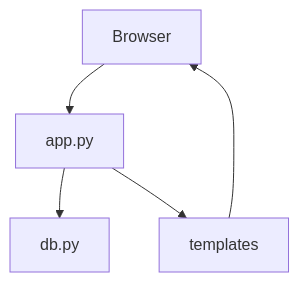
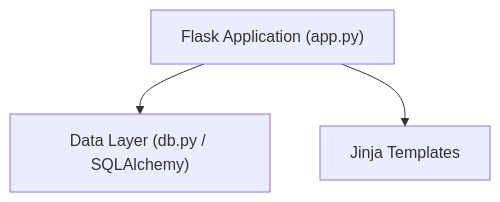
One commit to Tiberja/SkinSense changed the diagram in docs/technical-docs/architecture.md. Above: the diagram before and after it, drawn with Mermaid.

````diff
--- a/docs/technical-docs/architecture.md
+++ b/docs/technical-docs/architecture.md
@@ -39,7 +39,9 @@
 ```mermaid
 graph TD
-    Browser --> app.py
-    app.py --> db.py
-    app.py --> templates
-    templates --> Browser
+    app["Flask Application (app.py)"]
+    db["Data Layer (db.py / SQLAlchemy)"]
+    templates["Jinja Templates"]
+
+    app --> db
+    app --> templates
 ```
````
